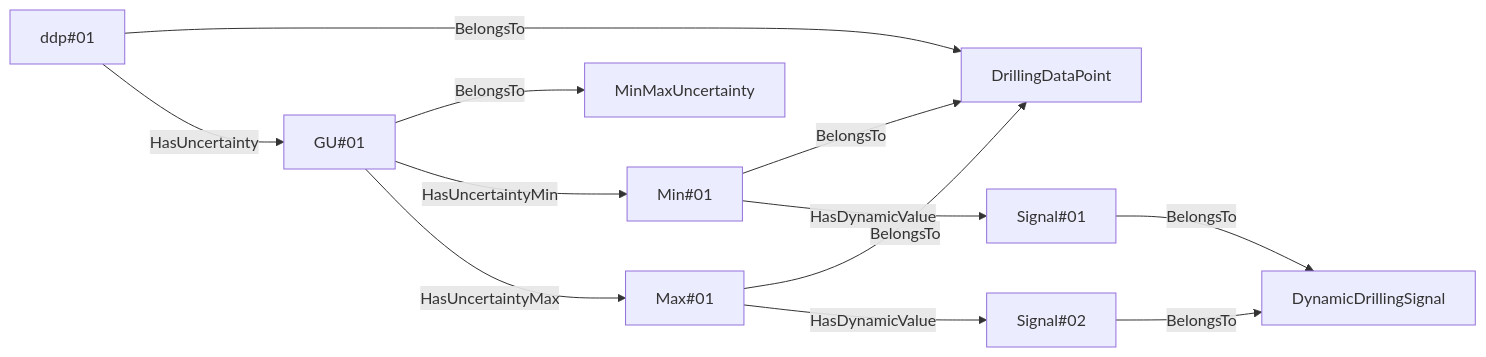
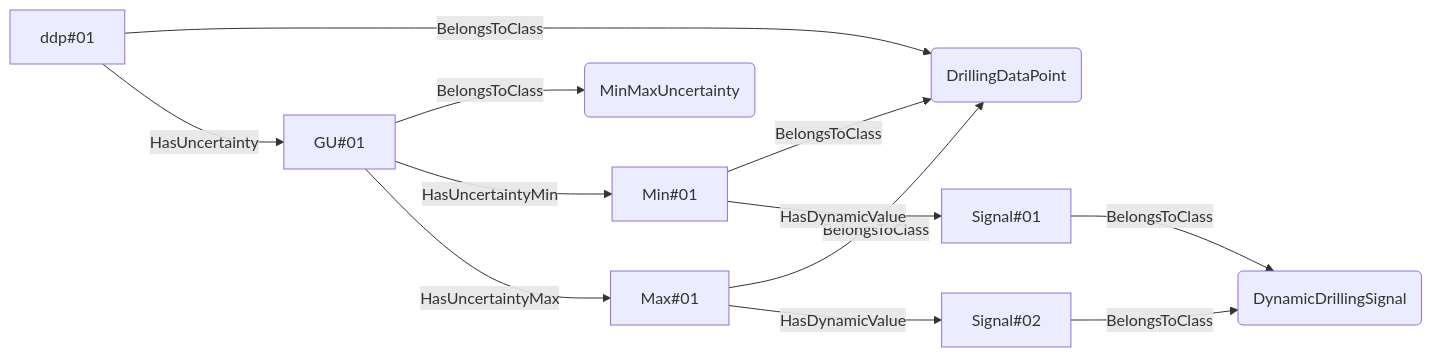
One commit to D-WIS/DDHub-Semantic-Interoperability changed diagram 13 of 19 in docs/vocabulary_development/auto-generated/md/definition-files/Uncertainty.md. Above: the diagram before and after it, drawn with Mermaid. The commit also changed other lines of this file and 10 other files, not shown here.

````diff
--- a/docs/vocabulary_development/auto-generated/md/definition-files/Uncertainty.md
+++ b/docs/vocabulary_development/auto-generated/md/definition-files/Uncertainty.md
@@ -559,14 +559,14 @@
 ```mermaid
 graph LR
-	N0000[ddp#01] -->|BelongsTo| N0001[DrillingDataPoint] 
-	N0002[GU#01] -->|BelongsTo| N0003[MinMaxUncertainty] 
+	N0000[ddp#01] -->|BelongsToClass| N0001(DrillingDataPoint) 
+	N0002[GU#01] -->|BelongsToClass| N0003(MinMaxUncertainty) 
 	N0000[ddp#01] -->|HasUncertainty| N0002[GU#01] 
-	N0004[Min#01] -->|BelongsTo| N0001[DrillingDataPoint] 
-	N0005[Max#01] -->|BelongsTo| N0001[DrillingDataPoint] 
+	N0004[Min#01] -->|BelongsToClass| N0001(DrillingDataPoint) 
+	N0005[Max#01] -->|BelongsToClass| N0001(DrillingDataPoint) 
 	N0002[GU#01] -->|HasUncertaintyMin| N0004[Min#01] 
 	N0002[GU#01] -->|HasUncertaintyMax| N0005[Max#01] 
-	N0006[Signal#01] -->|BelongsTo| N0007[DynamicDrillingSignal] 
-	N0008[Signal#02] -->|BelongsTo| N0007[DynamicDrillingSignal] 
+	N0006[Signal#01] -->|BelongsToClass| N0007(DynamicDrillingSignal) 
+	N0008[Signal#02] -->|BelongsToClass| N0007(DynamicDrillingSignal) 
 	N0004[Min#01] -->|HasDynamicValue| N0006[Signal#01] 
 	N0005[Max#01] -->|HasDynamicValue| N0008[Signal#02] 
 ```
````
